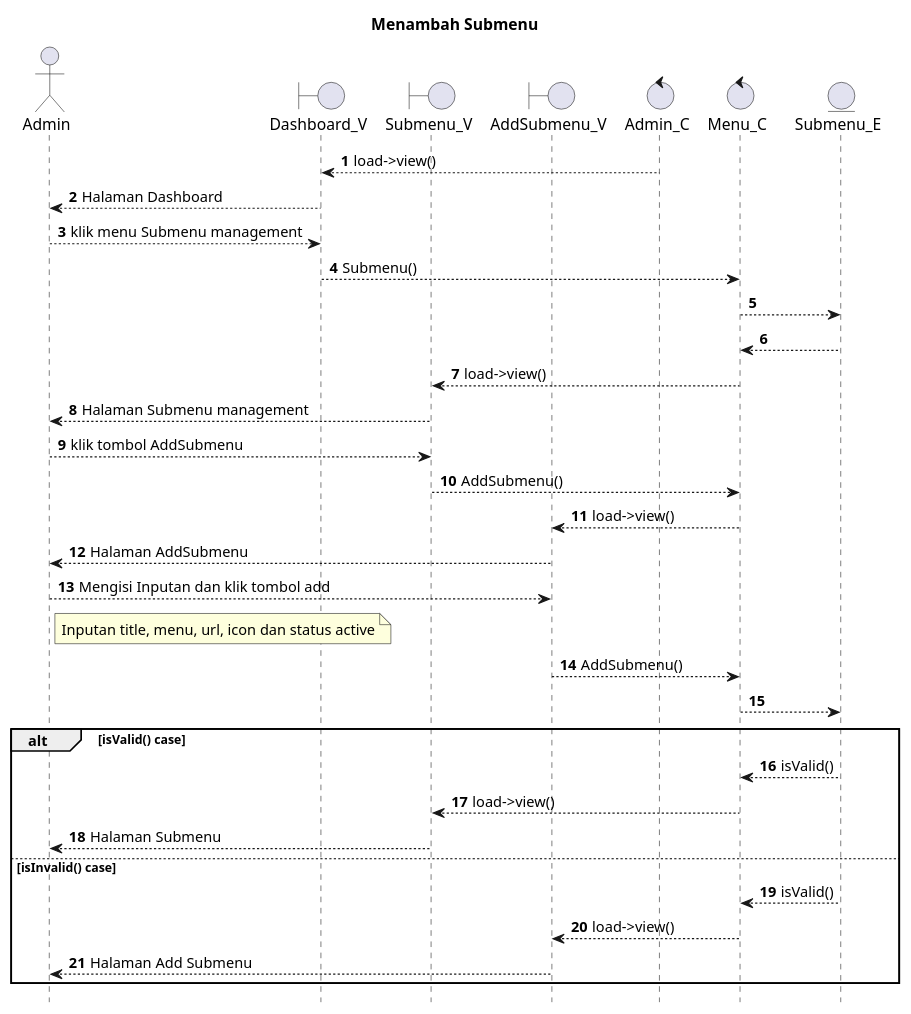
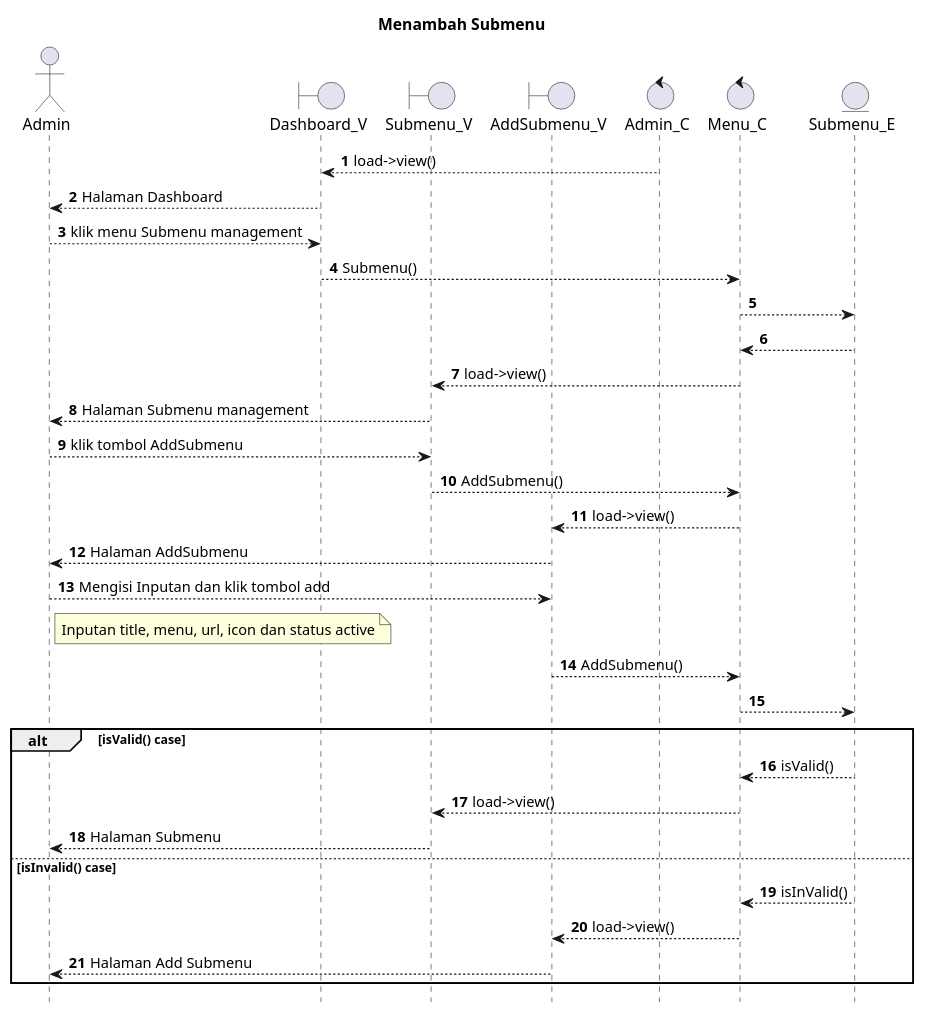
One commit to kurniado729/sistem_kp changed the diagram in SELAIN SISTEM/UML/SEQUENCE/admin/addsubmenu.puml. Above: the diagram before and after it, drawn with PlantUML. The commit also changed 59 other files, not shown here.

```diff
--- a/SELAIN SISTEM/UML/SEQUENCE/admin/addsubmenu.puml
+++ b/SELAIN SISTEM/UML/SEQUENCE/admin/addsubmenu.puml
@@ -1,50 +1,50 @@
 @startuml
 
 autonumber
 hide footbox
 title Menambah Submenu
 
 Actor Admin
 boundary Dashboard_V
 boundary Submenu_V
 boundary AddSubmenu_V
 control Admin_C
 control Menu_C
 Entity Submenu_E
 
 Admin_C --> Dashboard_V: load->view()
 Dashboard_V --> Admin: Halaman Dashboard
 Admin --> Dashboard_V: klik menu Submenu management
 Dashboard_V --> Menu_C: Submenu()
 Menu_C --> Submenu_E:
     
     Submenu_E --> Menu_C:
     Menu_C --> Submenu_V: load->view()
     Submenu_V --> Admin: Halaman Submenu management
 
 Admin --> Submenu_V: klik tombol AddSubmenu
 Submenu_V --> Menu_C: AddSubmenu()
 Menu_C --> AddSubmenu_V: load->view()
 AddSubmenu_V --> Admin: Halaman AddSubmenu
 
 Admin --> AddSubmenu_V: Mengisi Inputan dan klik tombol add
     note right of Admin
         Inputan title, menu, url, icon dan status active
             end note
 AddSubmenu_V --> Menu_C: AddSubmenu()
 Menu_C --> Submenu_E:
 
 alt isValid() case
     
     Submenu_E --> Menu_C: isValid()
     Menu_C --> Submenu_V: load->view()
     Submenu_V --> Admin: Halaman Submenu
 
 else isInvalid() case
     
-    Submenu_E --> Menu_C: isValid()
+    Submenu_E --> Menu_C: isInValid()
     Menu_C --> AddSubmenu_V: load->view()
     AddSubmenu_V --> Admin: Halaman Add Submenu
 
 end
 @enduml
```
